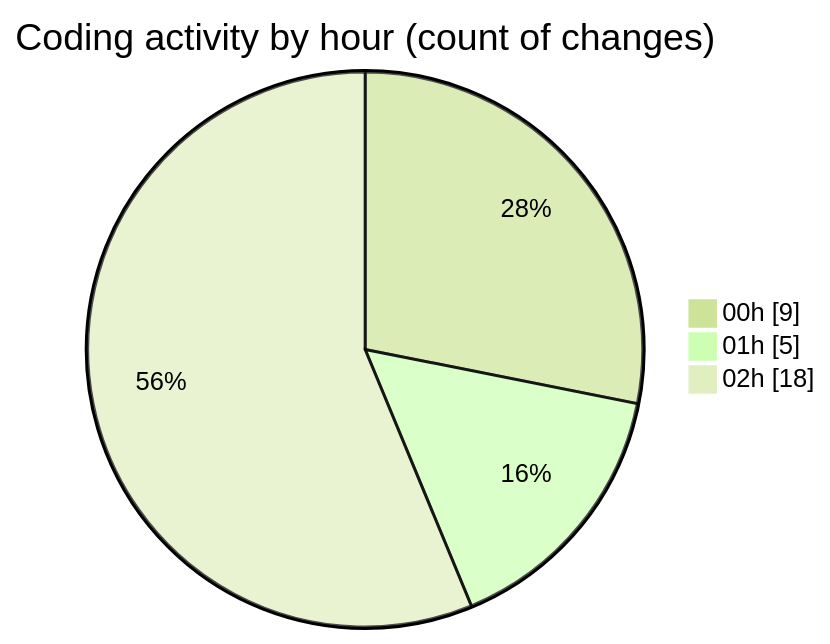
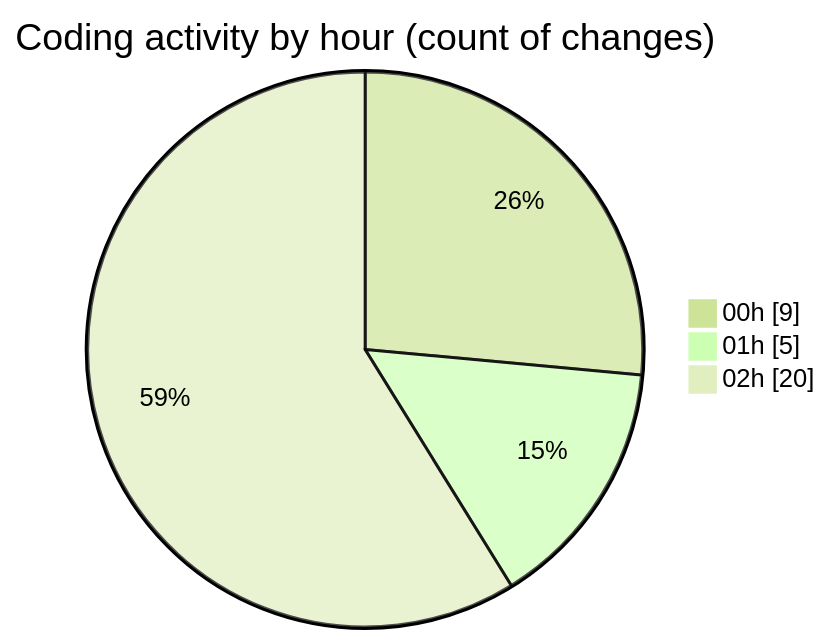
One commit to lephambinh05/code-tracking changed the second of 2 diagrams in 2025-08-05/studybuddy/README.md. Above: the diagram before and after it, drawn with Mermaid (forest theme). The commit also changed other lines of this file and 1 other file, not shown here.

````diff
--- a/2025-08-05/studybuddy/README.md
+++ b/2025-08-05/studybuddy/README.md
@@ -38,7 +38,7 @@
 ```mermaid
 pie showData
 title Coding activity by hour (count of changes)
 "00h" : 9
 "01h" : 5
-"02h" : 18
+"02h" : 20
 ```
````
